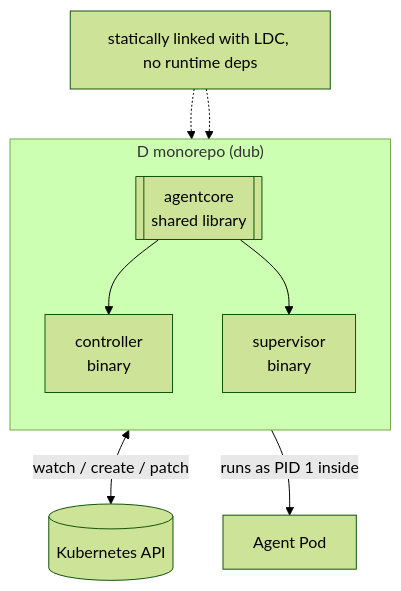
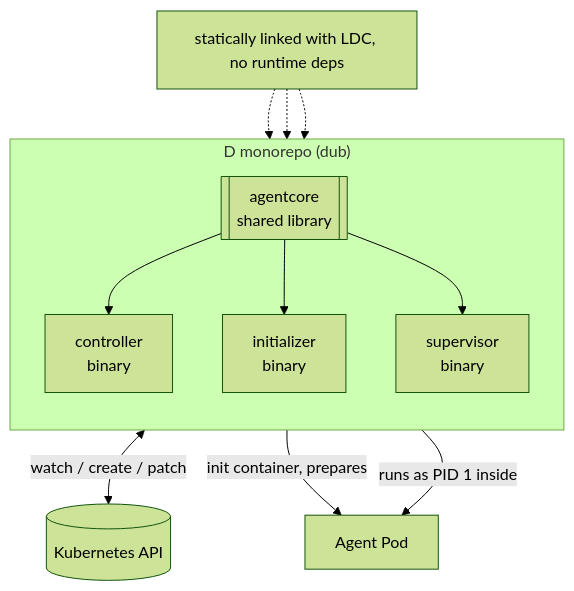
One commit to re-cinq/ai-agent-subsystem changed the diagram in website/src/content/docs/concepts/architecture.md. Above: the diagram before and after it, drawn with Mermaid (forest theme). The commit also changed other lines of this file and 4 other files, not shown here.

Commit message:
feat: add init container workflow and update documentation for three binaries

````diff
--- a/website/src/content/docs/concepts/architecture.md
+++ b/website/src/content/docs/concepts/architecture.md
@@ -10,16 +10,20 @@
 ```mermaid
 flowchart TB
     subgraph MONO["D monorepo (dub)"]
         direction TB
         CORE[["agentcore<br/>shared library"]]
         CTRL["controller<br/>binary"]
+        INIT["initializer<br/>binary"]
         SUP["supervisor<br/>binary"]
         CORE --> CTRL
+        CORE --> INIT
         CORE --> SUP
     end
 
     CTRL <-->|watch / create / patch| K8S[("Kubernetes API")]
-    SUP -->|runs as PID 1 inside| POD["Agent Pod"]
+    INIT -->|init container, prepares| POD["Agent Pod"]
+    SUP -->|runs as PID 1 inside| POD
     STATIC["statically linked with LDC, no runtime deps"] -.-> CTRL
+    STATIC -.-> INIT
     STATIC -.-> SUP
 ```
````
